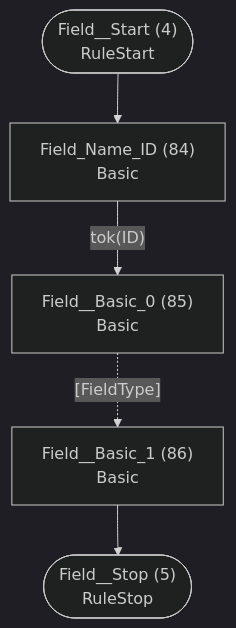
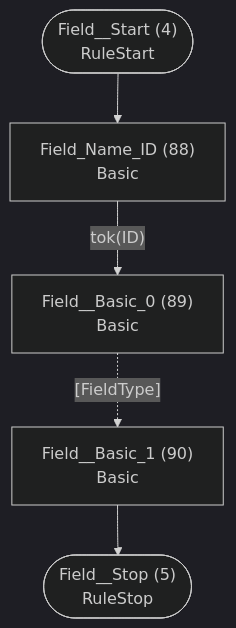
The third of 26 diagrams in internal/grammar/atn.md (TypeFox/fastbelt), drawn with Mermaid (dark theme) before and after one commit. The commit also changed other lines of this file and 51 other files, not shown here.

````diff
--- a/internal/grammar/atn.md
+++ b/internal/grammar/atn.md
@@ -100,13 +105,13 @@
 ```mermaid
 flowchart TD
     q4(["Field__Start (4)<br/>RuleStart"])
     q5(["Field__Stop (5)<br/>RuleStop"])
-    q84["Field_Name_ID (84)<br/>Basic<br/>"]
-    q85["Field__Basic_0 (85)<br/>Basic<br/>"]
-    q86["Field__Basic_1 (86)<br/>Basic<br/>"]
+    q88["Field_Name_ID (88)<br/>Basic<br/>"]
+    q89["Field__Basic_0 (89)<br/>Basic<br/>"]
+    q90["Field__Basic_1 (90)<br/>Basic<br/>"]
 
-    q4 --> q84
-    q84 -->|"tok(ID)"| q85
-    q85 -.->|"[FieldType]"| q86
-    q86 --> q5
+    q4 --> q88
+    q88 -->|"tok(ID)"| q89
+    q89 -.->|"[FieldType]"| q90
+    q90 --> q5
 ```
````
